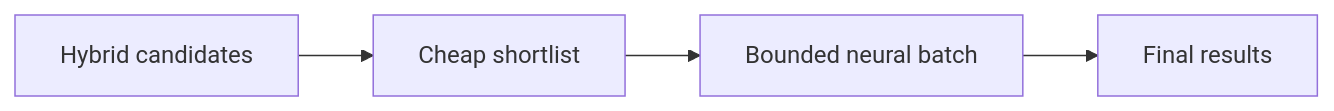
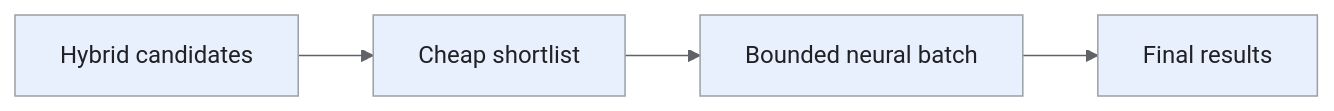
One commit to iliazlobin/iliazlobin.github.io changed the third of 4 diagrams in _designs/system-design-ml-search-ranking-web-search.md. Above: the diagram before and after it, drawn with Mermaid. The commit also changed other lines of this file and 25 other files, not shown here.

Commit message:
docs: explain Batch B design flows and tradeoffs

````diff
--- a/_designs/system-design-ml-search-ranking-web-search.md
+++ b/_designs/system-design-ml-search-ranking-web-search.md
@@ -202,6 +258,12 @@
 ```mermaid
+%%{init: {'theme':'base','themeVariables':{'primaryColor':'#e8f0fe','primaryTextColor':'#202124','primaryBorderColor':'#9aa0a6','lineColor':'#5f6368','secondaryColor':'#e6f4ea','tertiaryColor':'#fef7e0','actorBkg':'#e8f0fe','actorBorder':'#9aa0a6','actorTextColor':'#202124','noteBkgColor':'#fef7e0','noteTextColor':'#202124','noteBorderColor':'#9aa0a6','signalColor':'#5f6368','signalTextColor':'#202124','labelBoxBkgColor':'#fef7e0','labelBoxBorderColor':'#9aa0a6'}}}%%
 flowchart LR
     A["Hybrid candidates"] --> B["Cheap shortlist"]
     B --> C["Bounded neural batch"]
     C --> D["Final results"]
+classDef request fill:#e8f0fe,stroke:#9aa0a6,color:#202124;
+classDef data fill:#e6f4ea,stroke:#9aa0a6,color:#202124;
+classDef control fill:#fef7e0,stroke:#9aa0a6,color:#202124;
+class A,B,C,D request;
+
 ```
````
